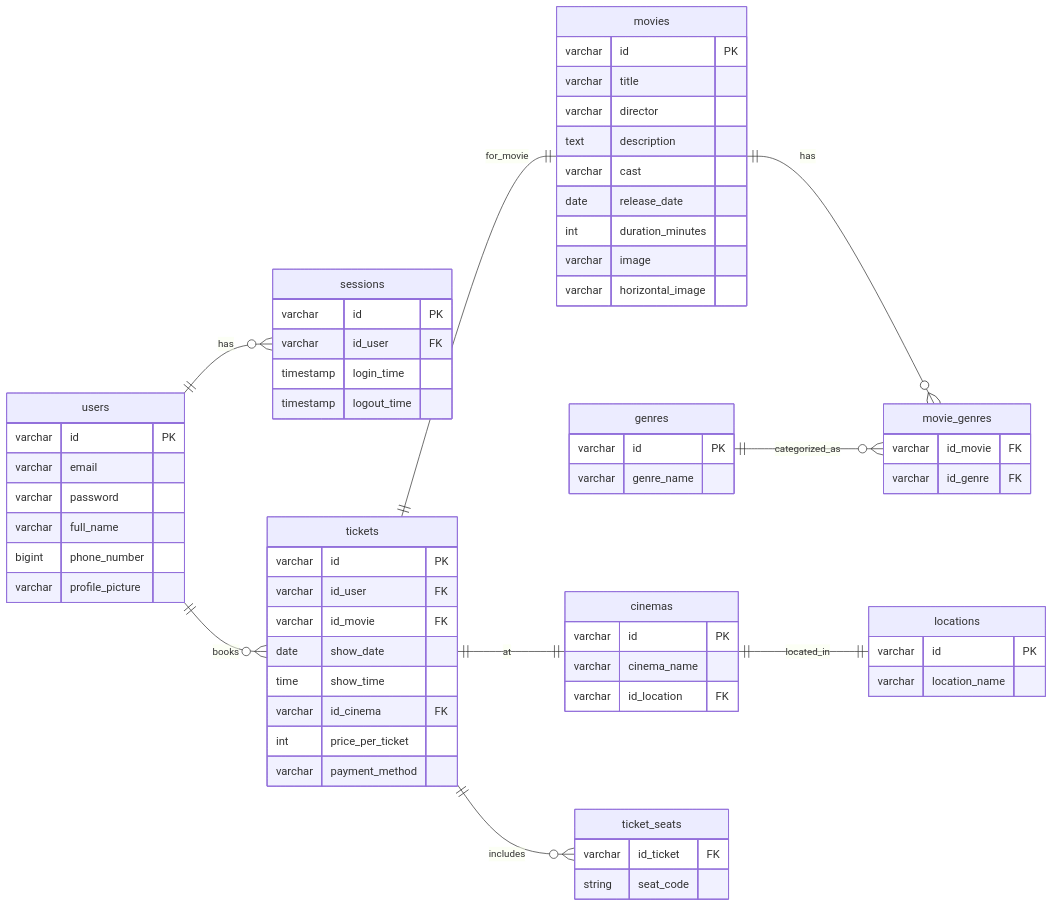
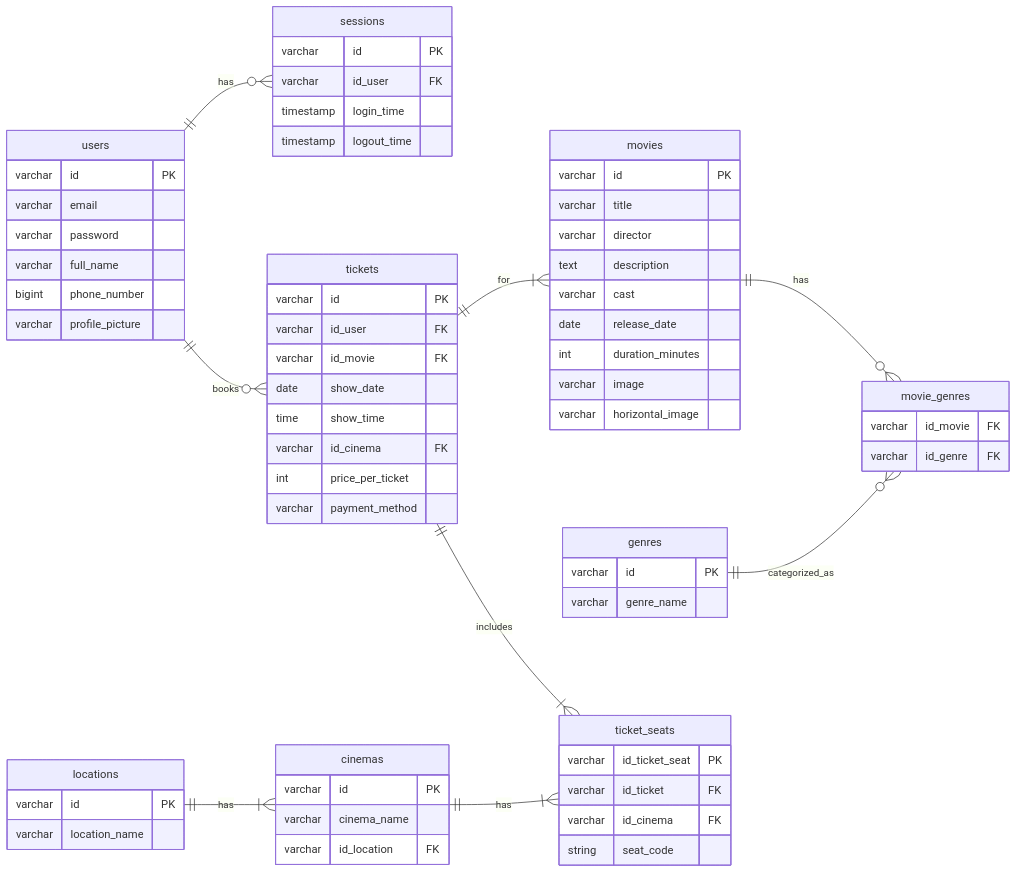
The diagram in README.md (ranandasatria/fgo24-db-weeklytask), drawn with Mermaid before and after one commit. The commit also changed other lines of this file, not shown here.

Commit message:
chore: update erd for cinemas, location

````diff
--- a/README.md
+++ b/README.md
@@ -3,83 +4,86 @@
 ```mermaid
 erDiagram
 direction LR
 
 users ||--o{ sessions : has
 users ||--o{ tickets : books
 movies ||--o{ movie_genres : has
 genres ||--o{ movie_genres : categorized_as
-tickets ||--|| movies : for_movie
-tickets ||--|| cinemas : at
-tickets ||--o{ ticket_seats : includes
+tickets ||--|{ movies : for
 
-cinemas ||--|| locations : located_in
+tickets ||--|{ ticket_seats : includes
+
+cinemas ||--|{ ticket_seats : has
+locations ||--|{ cinemas : has
 
 users {
   varchar id PK
   varchar email
   varchar password
   varchar full_name
   bigint phone_number
   varchar profile_picture
 }
 
 sessions {
   varchar id PK
   varchar id_user FK
   timestamp login_time
   timestamp logout_time
 }
 
 movies {
   varchar id PK
   varchar title
   varchar director
   text description
   varchar cast
   date release_date
   int duration_minutes
   varchar image
   varchar horizontal_image
 }
 
 genres {
   varchar id PK
   varchar genre_name
 }
 
 movie_genres {
   varchar id_movie FK
   varchar id_genre FK
 }
 
 tickets {
   varchar id PK
   varchar id_user FK
   varchar id_movie FK
   date show_date
   time show_time
   varchar id_cinema FK
   int price_per_ticket
   varchar payment_method
 }
 
 ticket_seats {
+  varchar id_ticket_seat PK
   varchar id_ticket FK
+  varchar id_cinema FK
   string seat_code
 }
 
 locations {
   varchar id PK
   varchar location_name
 }
 
 cinemas {
   varchar id PK
   varchar cinema_name
   varchar id_location FK
 }
 
 
 
 
 ```
````
